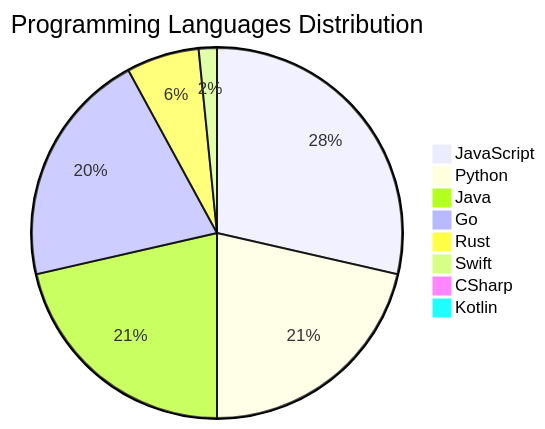
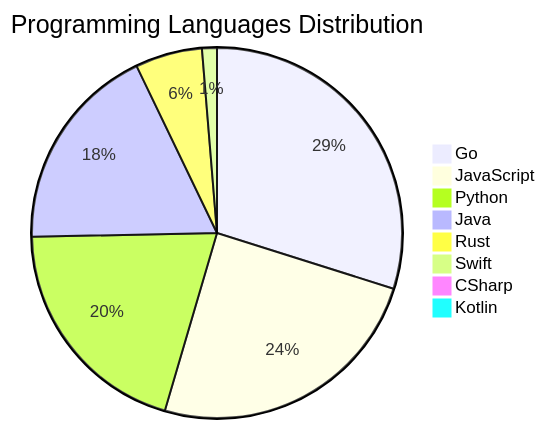
The diagram in README.md (Derrick-MUGISHA/github-activity-bot), drawn with Mermaid before and after one commit. The commit also changed other lines of this file and 4 other files, not shown here.

````diff
--- a/README.md
+++ b/README.md
@@ -210,11 +210,11 @@
 ```mermaid
 pie title Programming Languages Distribution
-    "JavaScript" : 36
-    "Python" : 27
-    "Java" : 27
-    "Go" : 26
-    "Rust" : 8
+    "Go" : 46
+    "JavaScript" : 38
+    "Python" : 31
+    "Java" : 28
+    "Rust" : 9
     "Swift" : 2
     "CSharp" : 1
     "Kotlin" : 1
 ```
````
